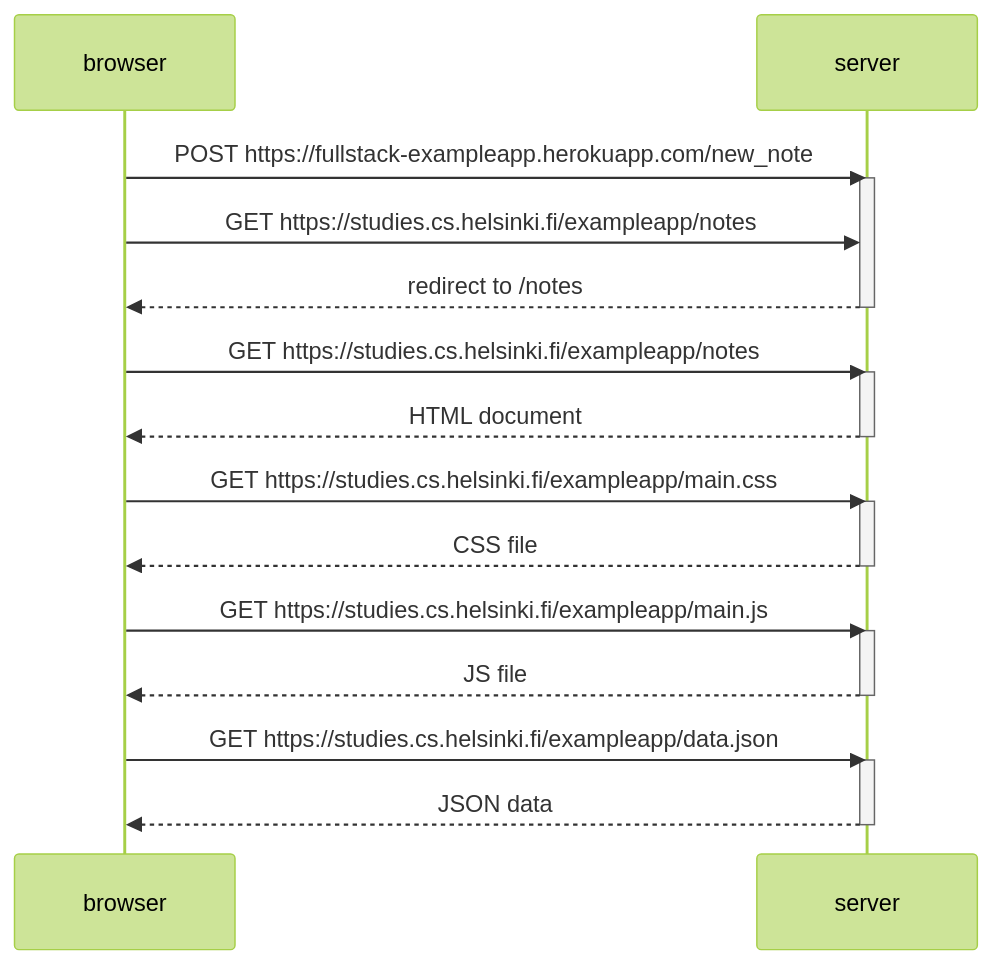
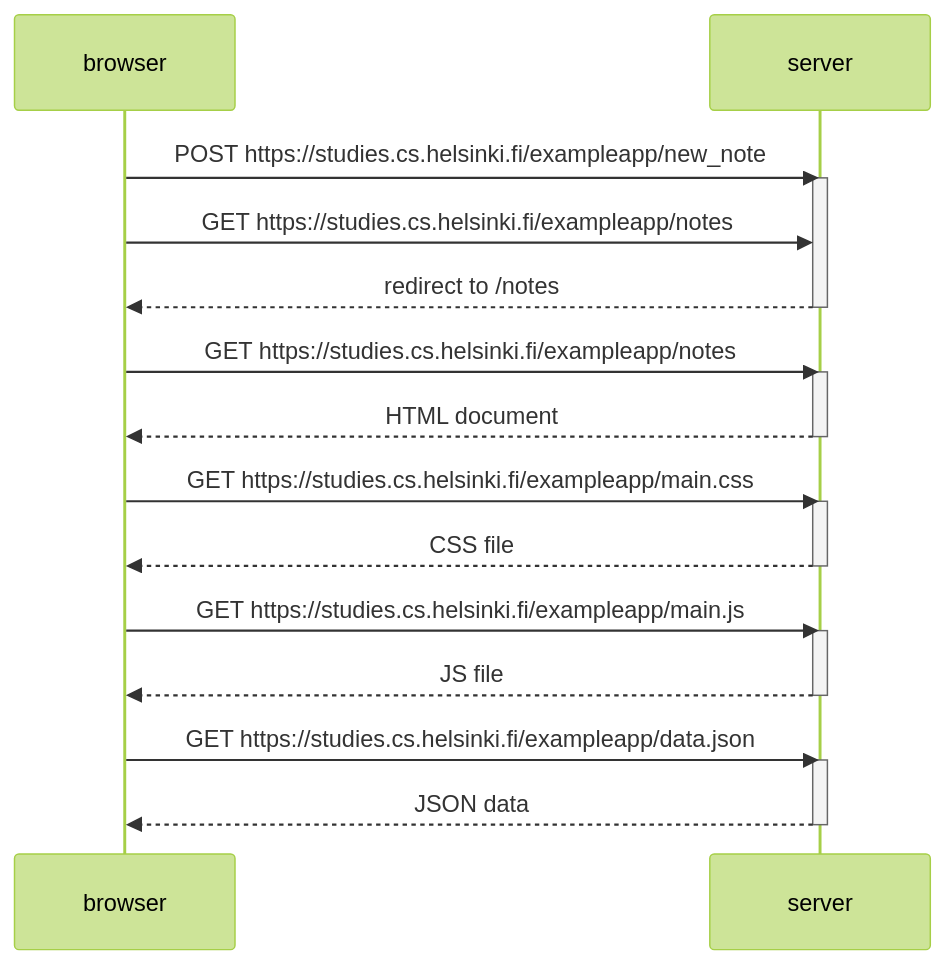
The diagram in part0/ex04.md (candyliaa/FullStackOpenExercises), drawn with Mermaid (forest theme) before and after one commit.

Commit message:
change url

````diff
--- a/part0/ex04.md
+++ b/part0/ex04.md
@@ -1,33 +1,33 @@
 ```mermaid
 
 sequenceDiagram
     participant browser
     participant server
 
-    browser->>server: POST https://fullstack-exampleapp.herokuapp.com/new_note
+    browser->>server: POST https://studies.cs.helsinki.fi/exampleapp/new_note
     activate server
     browser->>server: GET https://studies.cs.helsinki.fi/exampleapp/notes
     server-->>browser: redirect to /notes
     deactivate server
 
     browser->>server: GET https://studies.cs.helsinki.fi/exampleapp/notes
     activate server
     server-->>browser: HTML document
     deactivate server
 
     browser->>server: GET https://studies.cs.helsinki.fi/exampleapp/main.css
     activate server
     server-->>browser: CSS file
     deactivate server
 
     browser->>server: GET https://studies.cs.helsinki.fi/exampleapp/main.js
     activate server
     server-->>browser: JS file
     deactivate server
 
     browser->>server: GET https://studies.cs.helsinki.fi/exampleapp/data.json
     activate server
     server-->>browser: JSON data
     deactivate server
 
 ```
````
